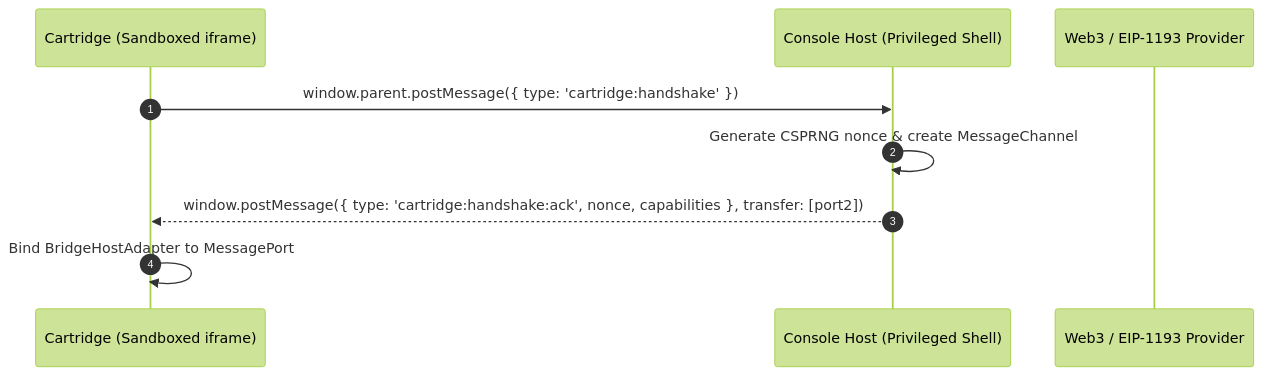
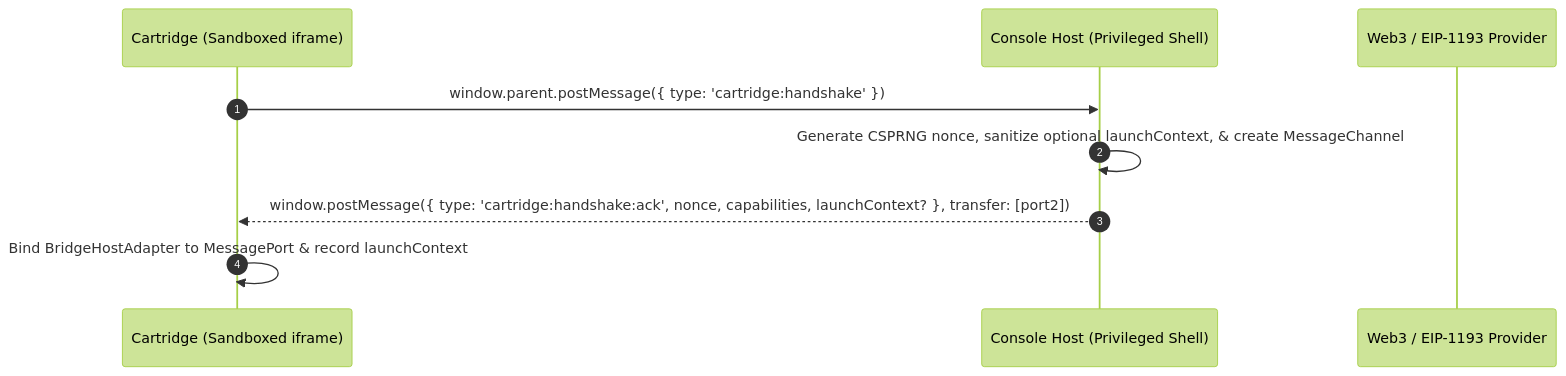
The diagram in docs/CONSOLE_PROTOCOL_V0_2.md (SRHSoulja/cartridge-console), drawn with Mermaid (forest theme) before and after one commit. The commit also changed other lines of this file and 7 other files, not shown here.

Commit message:
feat(protocol): implement Launch Context V1, CAIP-19 asset routing, and authority isolation

````diff
--- a/docs/CONSOLE_PROTOCOL_V0_2.md
+++ b/docs/CONSOLE_PROTOCOL_V0_2.md
@@ -25,12 +25,12 @@
 ```mermaid
 sequenceDiagram
     autonumber
     participant Cartridge as Cartridge (Sandboxed iframe)
     participant Host as Console Host (Privileged Shell)
     participant Provider as Web3 / EIP-1193 Provider
 
     Cartridge->>Host: window.parent.postMessage({ type: 'cartridge:handshake' })
-    Host->>Host: Generate CSPRNG nonce & create MessageChannel
-    Host-->>Cartridge: window.postMessage({ type: 'cartridge:handshake:ack', nonce, capabilities }, transfer: [port2])
-    Cartridge->>Cartridge: Bind BridgeHostAdapter to MessagePort
+    Host->>Host: Generate CSPRNG nonce, sanitize optional launchContext, & create MessageChannel
+    Host-->>Cartridge: window.postMessage({ type: 'cartridge:handshake:ack', nonce, capabilities, launchContext? }, transfer: [port2])
+    Cartridge->>Cartridge: Bind BridgeHostAdapter to MessagePort & record launchContext
 ```
````
